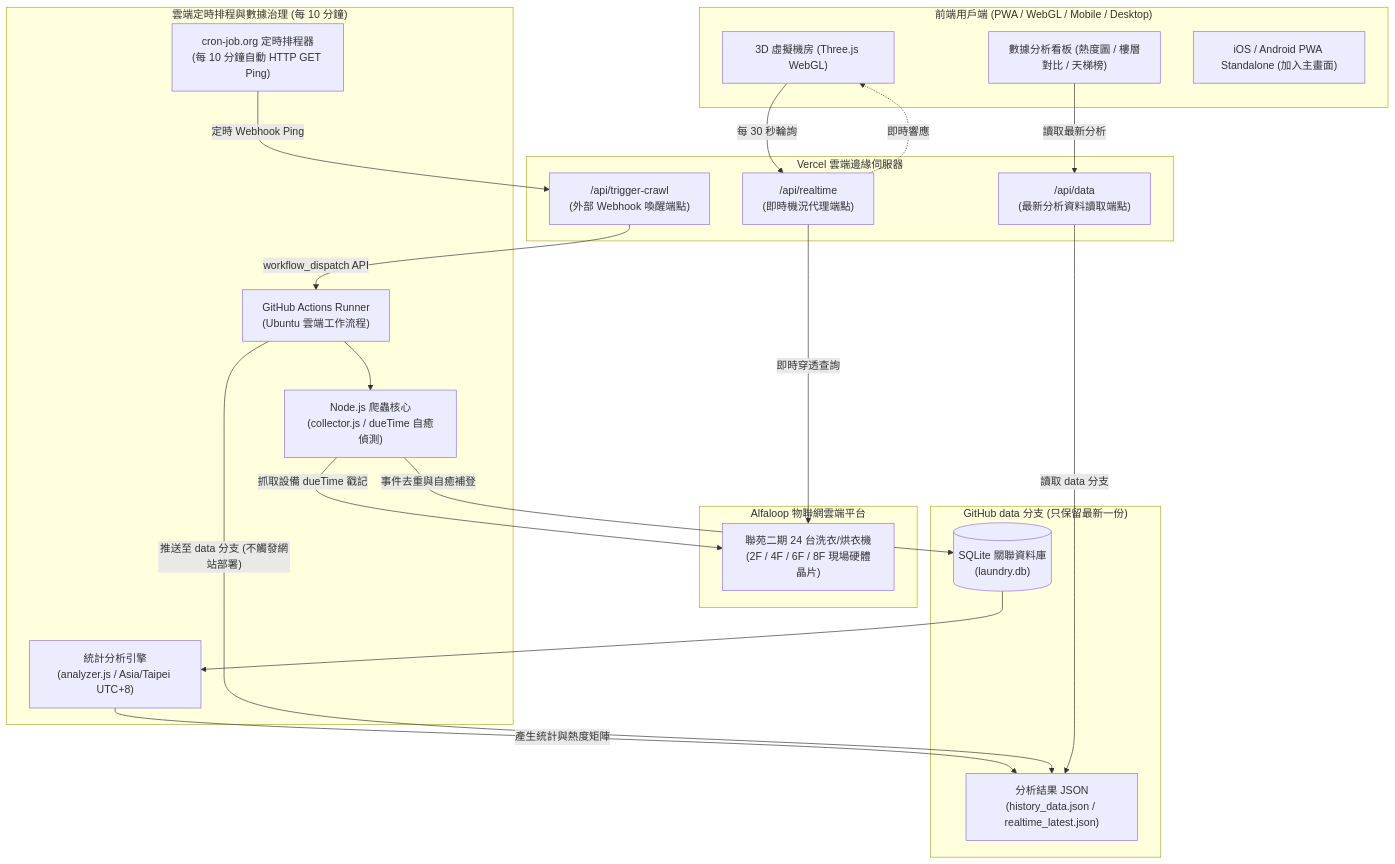
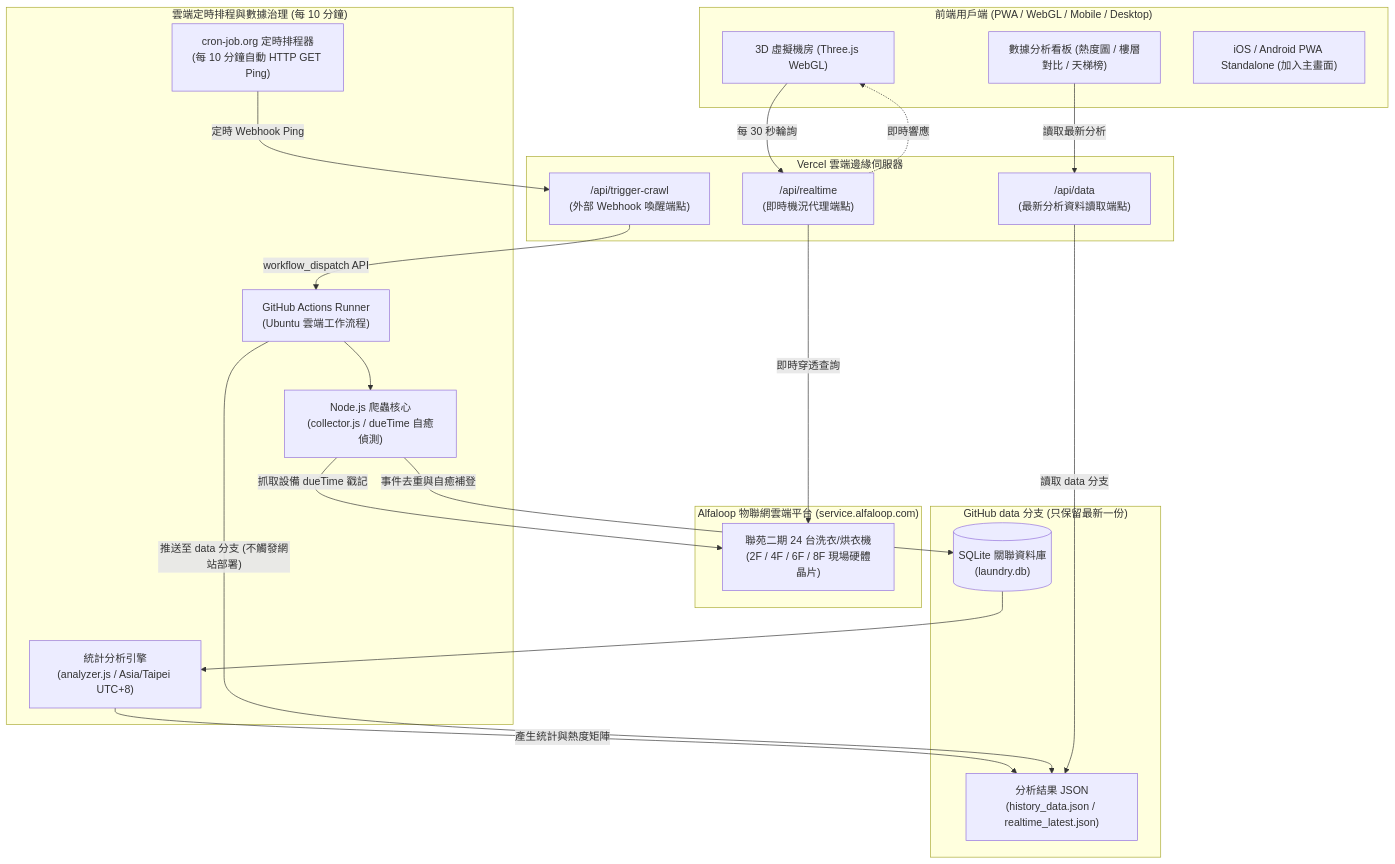
The diagram in README.md (gigijim/UMC-3D-WasherMonitor), drawn with Mermaid before and after one commit. The commit also changed other lines of this file and 8 other files, not shown here.

````diff
--- a/README.md
+++ b/README.md
@@ -17,47 +17,47 @@
 ```mermaid
 flowchart TD
     subgraph Client ["前端用戶端 (PWA / WebGL / Mobile / Desktop)"]
         UI["3D 虛擬機房 (Three.js WebGL)"]
         Report["數據分析看板 (熱度圖 / 樓層對比 / 天梯榜)"]
         PWA["iOS / Android PWA Standalone (加入主畫面)"]
     end
 
     subgraph Vercel ["Vercel 雲端邊緣伺服器"]
         RT_API["/api/realtime<br/>(即時機況代理端點)"]
         Trigger_API["/api/trigger-crawl<br/>(外部 Webhook 喚醒端點)"]
         DataAPI["/api/data<br/>(最新分析資料讀取端點)"]
     end
 
-    subgraph IoT ["Alfaloop 物聯網雲端平台"]
+    subgraph IoT ["Alfaloop 物聯網雲端平台 (service.alfaloop.com)"]
         Hardware["聯苑二期 24 台洗衣/烘衣機<br/>(2F / 4F / 6F / 8F 現場硬體晶片)"]
     end
 
     subgraph Automation ["雲端定時排程與數據治理 (每 10 分鐘)"]
         CronJob["cron-job.org 定時排程器<br/>(每 10 分鐘自動 HTTP GET Ping)"]
         GHA["GitHub Actions Runner<br/>(Ubuntu 雲端工作流程)"]
         Crawler["Node.js 爬蟲核心<br/>(collector.js / dueTime 自癒偵測)"]
         Analyzer["統計分析引擎<br/>(analyzer.js / Asia/Taipei UTC+8)"]
     end
 
     subgraph DataBranch ["GitHub data 分支 (只保留最新一份)"]
         DB[("SQLite 關聯資料庫<br/>(laundry.db)")]
         StaticData["分析結果 JSON<br/>(history_data.json / realtime_latest.json)"]
     end
 
     %% 即時動態流 (軌道一)
     UI -- "每 30 秒輪詢" --> RT_API
     RT_API -- "即時穿透查詢" --> Hardware
     RT_API -. "即時響應" .-> UI
 
     %% 規律分析排程流 (軌道二)
     CronJob -- "定時 Webhook Ping" --> Trigger_API
     Trigger_API -- "workflow_dispatch API" --> GHA
     GHA --> Crawler
     Crawler -- "抓取設備 dueTime 戳記" --> Hardware
     Crawler -- "事件去重與自癒補登" --> DB
     DB --> Analyzer
     Analyzer -- "產生統計與熱度矩陣" --> StaticData
     GHA -- "推送至 data 分支 (不觸發網站部署)" --> StaticData
     Report -- "讀取最新分析" --> DataAPI
     DataAPI -- "讀取 data 分支" --> StaticData
 ```
````
